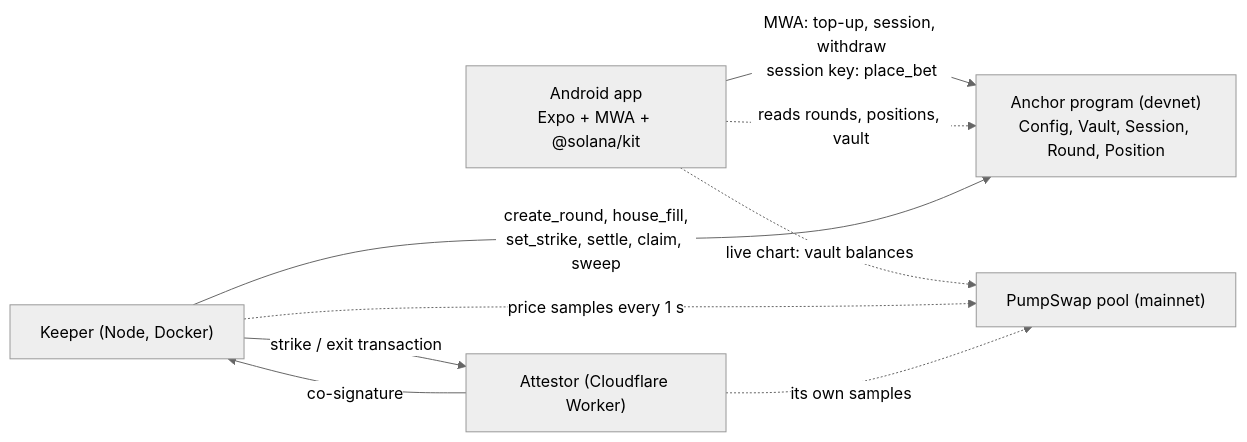
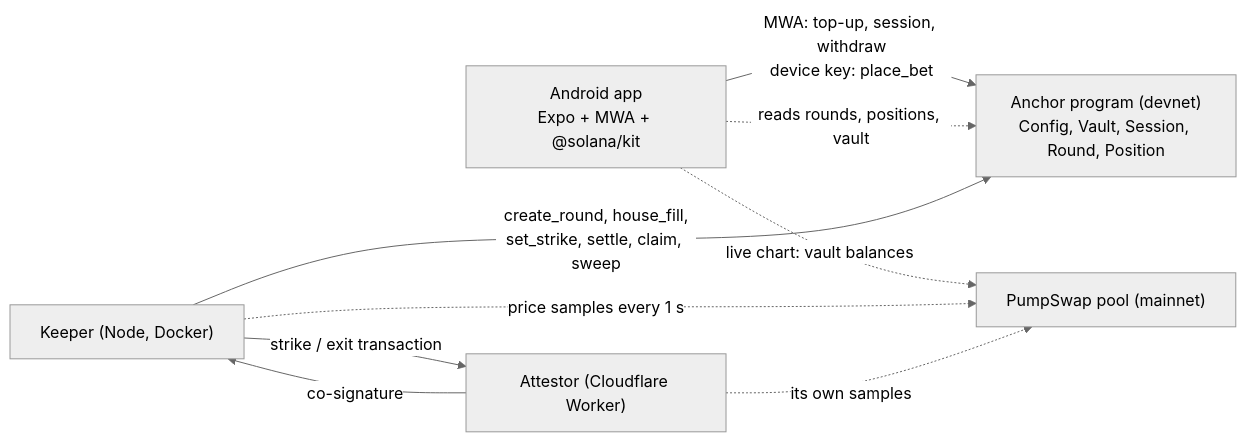
Before and after one commit to Sofiia7/flipthememe-solana: the diagram in README.md, drawn with Mermaid (neutral theme). The commit also changed other lines of this file and 28 other files, not shown here.

````diff
--- a/README.md
+++ b/README.md
@@ -68,11 +83,11 @@
 ```mermaid
 flowchart LR
-  A["Android app<br/>Expo + MWA + @solana/kit"] -- "MWA: top-up, session, withdraw<br/>session key: place_bet" --> P["Anchor program (devnet)<br/>Config, Vault, Session, Round, Position"]
+  A["Android app<br/>Expo + MWA + @solana/kit"] -- "MWA: top-up, session, withdraw<br/>device key: place_bet" --> P["Anchor program (devnet)<br/>Config, Vault, Session, Round, Position"]
   A -. "reads rounds, positions, vault" .-> P
   A -. "live chart: vault balances" .-> M["PumpSwap pool (mainnet)"]
   K["Keeper (Node, Docker)"] -- "create_round, house_fill,<br/>set_strike, settle, claim, sweep" --> P
   K -. "price samples every 1 s" .-> M
   K -- "strike / exit transaction" --> T["Attestor (Cloudflare Worker)"]
   T -- "co-signature" --> K
   T -. "its own samples" .-> M
 ```
````
